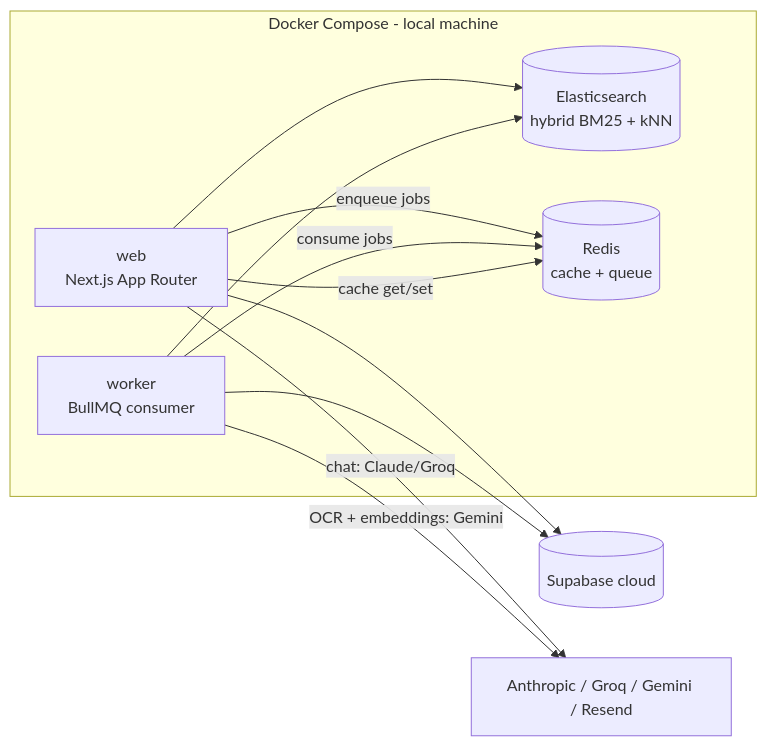
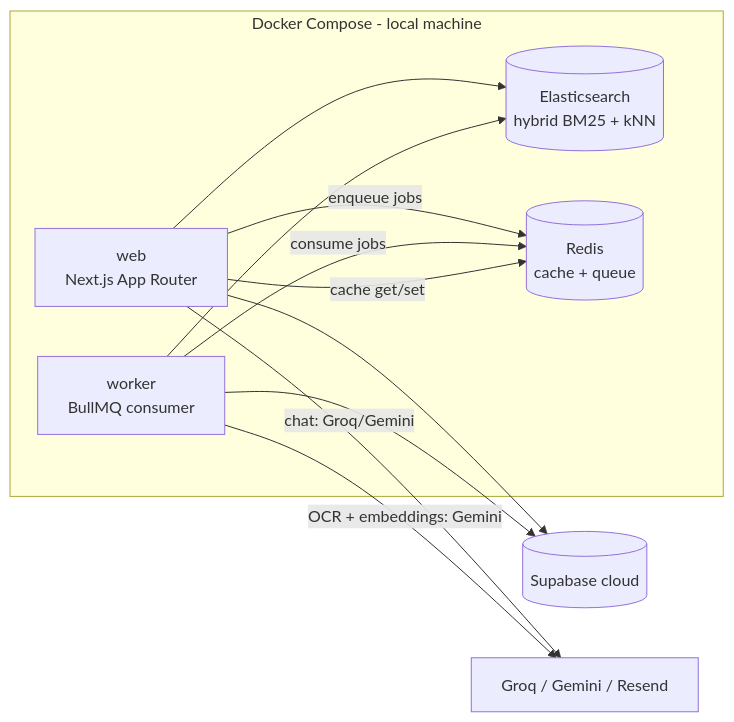
One commit to rukonpama54321/refinery-iq changed the second of 6 diagrams in docs/03-architecture.md. Above: the diagram before and after it, drawn with Mermaid. The commit also changed other lines of this file and 20 other files, not shown here.

First line of the commit message:
feat: dev kickoff — Next.js scaffold + ADR-0004 (Groq+Gemini) + progress notes

````diff
--- a/docs/03-architecture.md
+++ b/docs/03-architecture.md
@@ -48,21 +46,21 @@
 ```mermaid
 flowchart LR
     subgraph Local Docker [Docker Compose - local machine]
       Web[web\nNext.js App Router]
       Worker[worker\nBullMQ consumer]
       ES[(Elasticsearch\nhybrid BM25 + kNN)]
       Redis[(Redis\ncache + queue)]
     end
     Supabase[(Supabase cloud)]
-    Ext[Anthropic / Groq / Gemini / Resend]
+    Ext[Groq / Gemini / Resend]
 
     Web -->|enqueue jobs| Redis
     Worker -->|consume jobs| Redis
     Web --> ES
     Worker --> ES
-    Web -->|chat: Claude/Groq| Ext
+    Web -->|chat: Groq/Gemini| Ext
     Worker -->|OCR + embeddings: Gemini| Ext
     Web --> Supabase
     Worker --> Supabase
     Web -->|cache get/set| Redis
 ```
````
